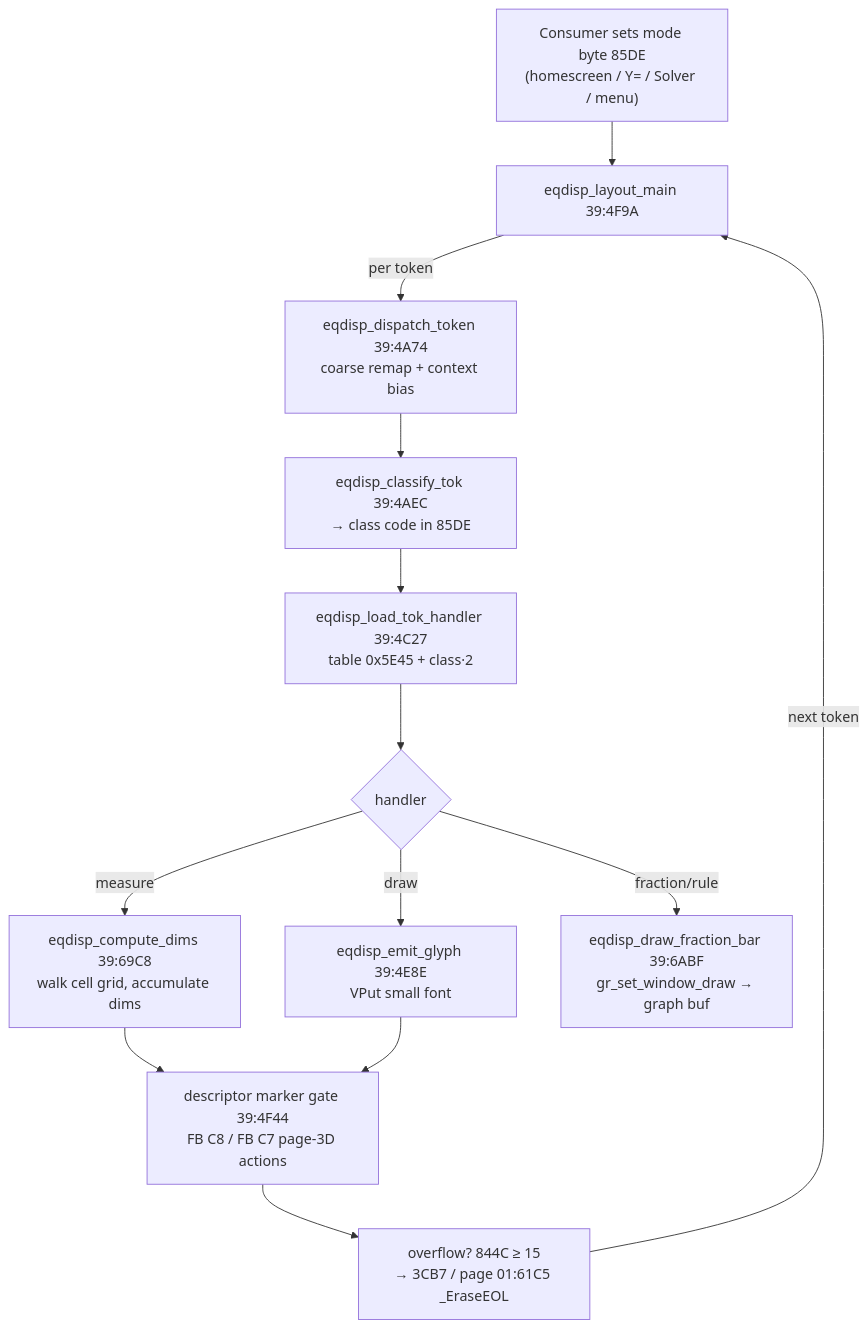
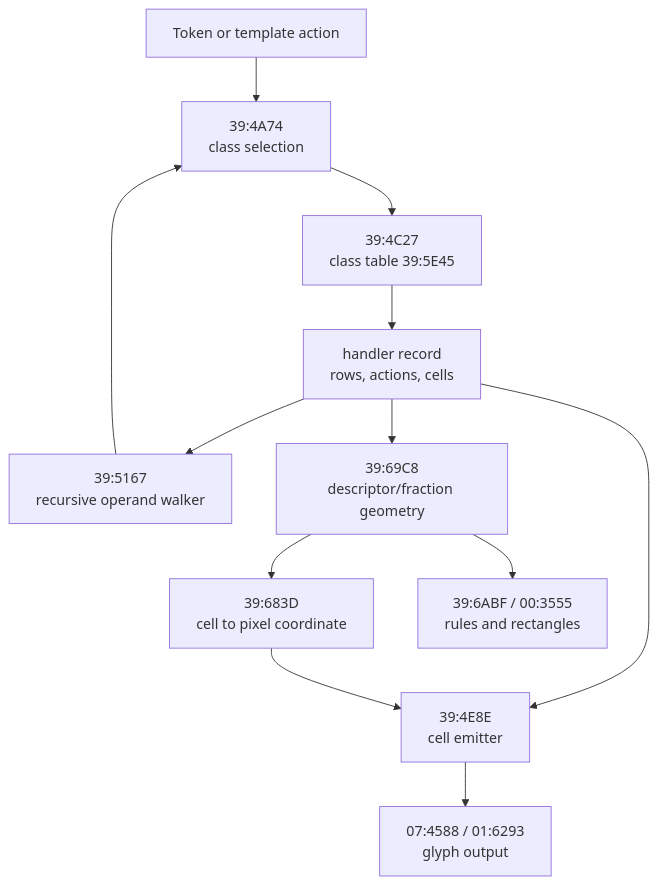
The diagram in docs/sub-equation-display.md (siraben/ti84p-re), drawn with Mermaid before and after one commit. The commit also changed other lines of this file and 4 other files, not shown here.

Commit message:
docs: reframe MathPrint layout page

````diff
--- a/docs/sub-equation-display.md
+++ b/docs/sub-equation-display.md
@@ -15,15 +17,14 @@
 ```mermaid
 flowchart TD
-    C["Consumer sets mode byte 85DE<br/>(homescreen / Y= / Solver / menu)"] --> LM["eqdisp_layout_main 39:4F9A"]
-    LM -->|per token| DT["eqdisp_dispatch_token 39:4A74<br/>coarse remap + context bias"]
-    DT --> CL["eqdisp_classify_tok 39:4AEC<br/>→ class code in 85DE"]
-    CL --> LH["eqdisp_load_tok_handler 39:4C27<br/>table 0x5E45 + class·2"]
-    LH --> H{handler}
-    H -->|measure| CD["eqdisp_compute_dims 39:69C8<br/>walk cell grid, accumulate dims"]
-    H -->|draw| EM["eqdisp_emit_glyph 39:4E8E<br/>VPut small font"]
-    H -->|fraction/rule| FB["eqdisp_draw_fraction_bar 39:6ABF<br/>gr_set_window_draw → graph buf"]
-    CD --> CB["descriptor marker gate 39:4F44<br/>FB C8 / FB C7 page-3D actions"]
-    EM --> CB
-    CB --> OV["overflow? 844C ≥ 15<br/>→ 3CB7 / page 01:61C5 _EraseEOL"]
-    OV -->|next token| LM
+    token["Token or template action"] --> dispatch["39:4A74<br/>class selection"]
+    dispatch --> table["39:4C27<br/>class table 39:5E45"]
+    table --> record["handler record<br/>rows, actions, cells"]
+    record --> operand["39:5167<br/>recursive operand walker"]
+    record --> cell["39:4E8E<br/>cell emitter"]
+    record --> geom["39:69C8<br/>descriptor/fraction geometry"]
+    operand --> dispatch
+    geom --> coord["39:683D<br/>cell to pixel coordinate"]
+    coord --> cell
+    cell --> glyph["07:4588 / 01:6293<br/>glyph output"]
+    geom --> rules["39:6ABF / 00:3555<br/>rules and rectangles"]
 ```
````
